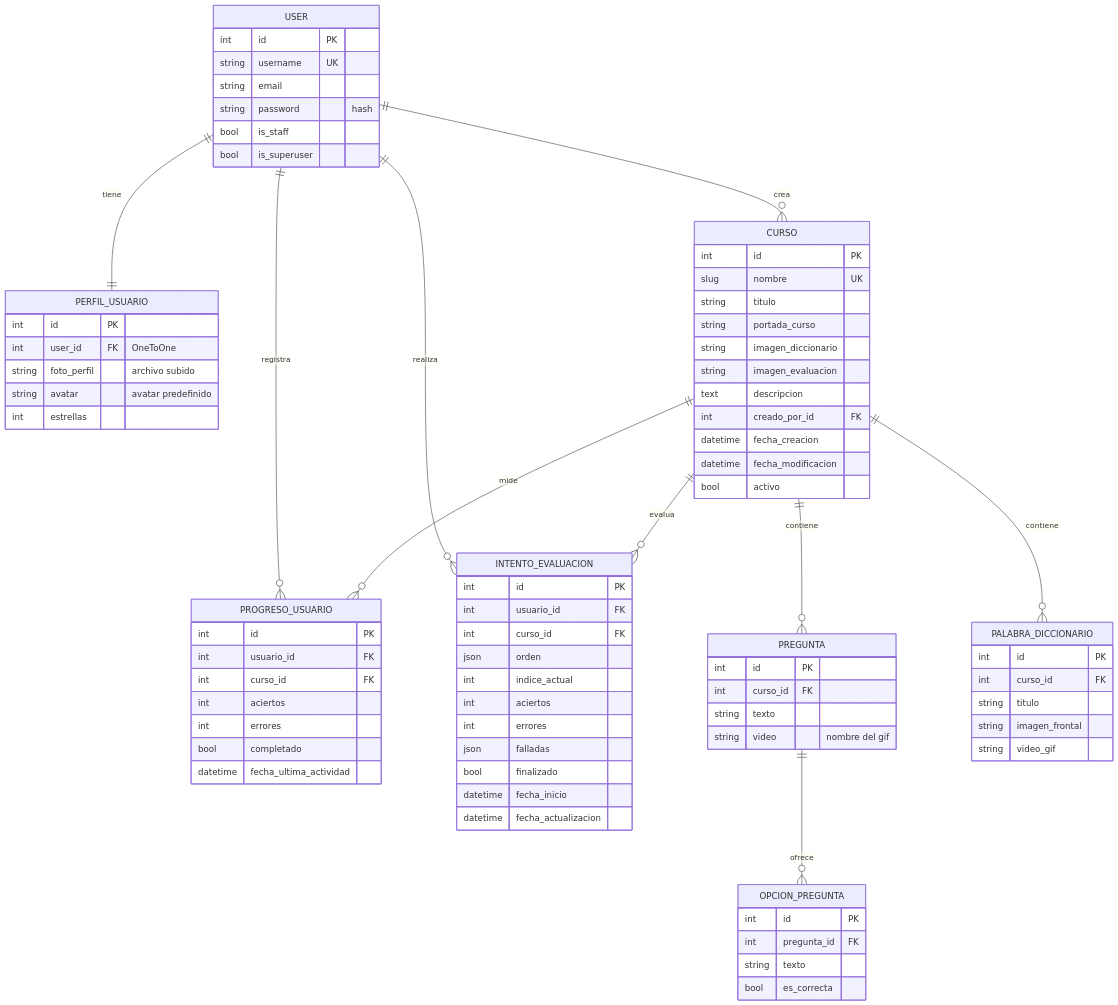
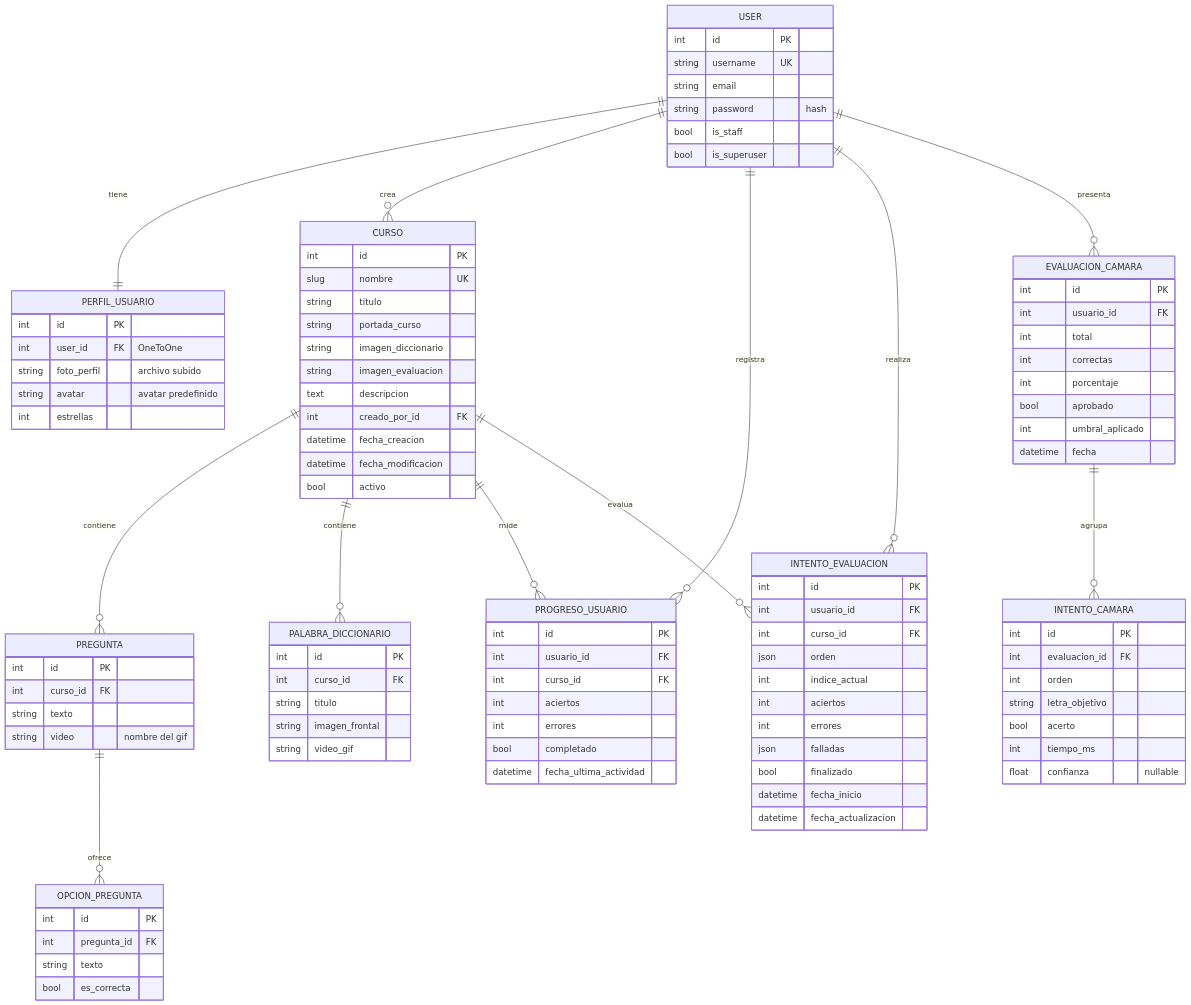
The diagram in docs/MODELO_DATOS.md (SafiroBarrabaja22/ensenarte-backend), drawn with Mermaid before and after one commit. The commit also changed other lines of this file and 24 other files, not shown here.

````diff
--- a/docs/MODELO_DATOS.md
+++ b/docs/MODELO_DATOS.md
@@ -8,6 +8,8 @@
     USER ||--o{ CURSO : "crea"
     USER ||--o{ PROGRESO_USUARIO : "registra"
     USER ||--o{ INTENTO_EVALUACION : "realiza"
+    USER ||--o{ EVALUACION_CAMARA : "presenta"
+    EVALUACION_CAMARA ||--o{ INTENTO_CAMARA : "agrupa"
 
     CURSO ||--o{ PREGUNTA : "contiene"
     CURSO ||--o{ PALABRA_DICCIONARIO : "contiene"
@@ -92,4 +94,25 @@
         datetime fecha_inicio
         datetime fecha_actualizacion
     }
+
+    EVALUACION_CAMARA {
+        int id PK
+        int usuario_id FK
+        int total
+        int correctas
+        int porcentaje
+        bool aprobado
+        int umbral_aplicado
+        datetime fecha
+    }
+
+    INTENTO_CAMARA {
+        int id PK
+        int evaluacion_id FK
+        int orden
+        string letra_objetivo
+        bool acerto
+        int tiempo_ms
+        float confianza "nullable"
+    }
 ```
````
